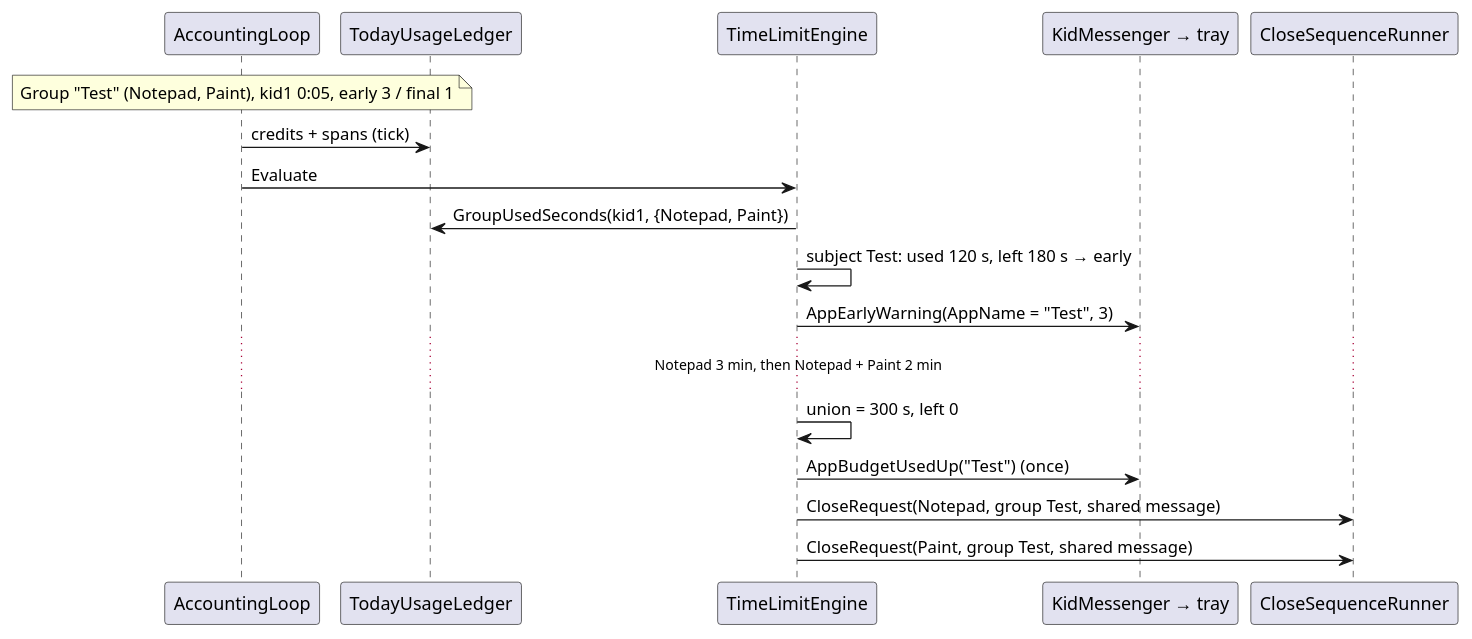
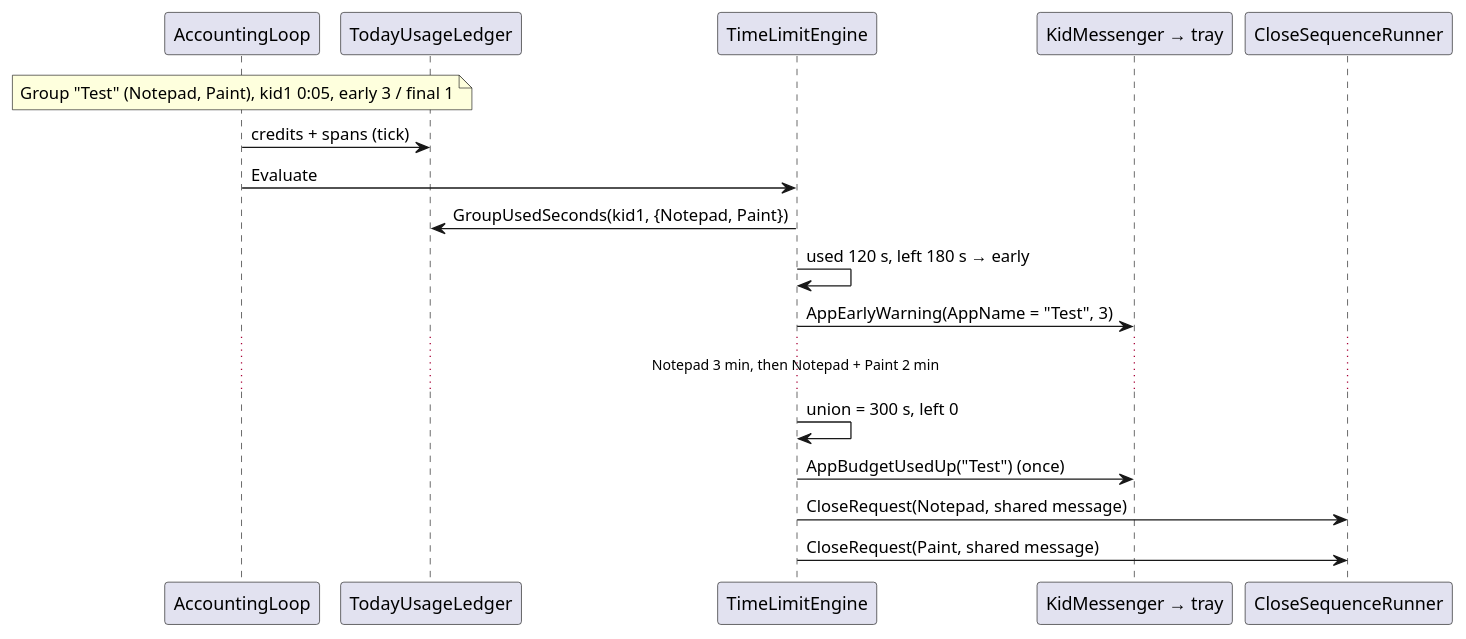
Before and after one commit to adlemich/EagleEye: the second of 2 diagrams in 02_Implementation/docs/requirements/user-stories/US-008/implementation-plan.md, drawn with PlantUML. The commit also changed other lines of this file and 1 other file, not shown here.

````diff
--- a/02_Implementation/docs/requirements/user-stories/US-008/implementation-plan.md
+++ b/02_Implementation/docs/requirements/user-stories/US-008/implementation-plan.md
@@ -316,20 +269,20 @@
 ```plantuml
 @startuml US-008 Group close
 participant "AccountingLoop" as L
 participant "TodayUsageLedger" as LED
 participant "TimeLimitEngine" as E
 participant "KidMessenger → tray" as K
 participant "CloseSequenceRunner" as R
 note over L : Group "Test" (Notepad, Paint), kid1 0:05, early 3 / final 1
 L -> LED : credits + spans (tick)
 L -> E : Evaluate
 E -> LED : GroupUsedSeconds(kid1, {Notepad, Paint})
-E -> E : subject Test: used 120 s, left 180 s → early
+E -> E : used 120 s, left 180 s → early
 E -> K : AppEarlyWarning(AppName = "Test", 3)
 ... Notepad 3 min, then Notepad + Paint 2 min ...
 E -> E : union = 300 s, left 0
-E -> K : AppBudgetUsedUp("Test")  (once)
-E -> R : CloseRequest(Notepad, group Test, shared message)
-E -> R : CloseRequest(Paint, group Test, shared message)
+E -> K : AppBudgetUsedUp("Test") (once)
+E -> R : CloseRequest(Notepad, shared message)
+E -> R : CloseRequest(Paint, shared message)
 @enduml
 ```
````
